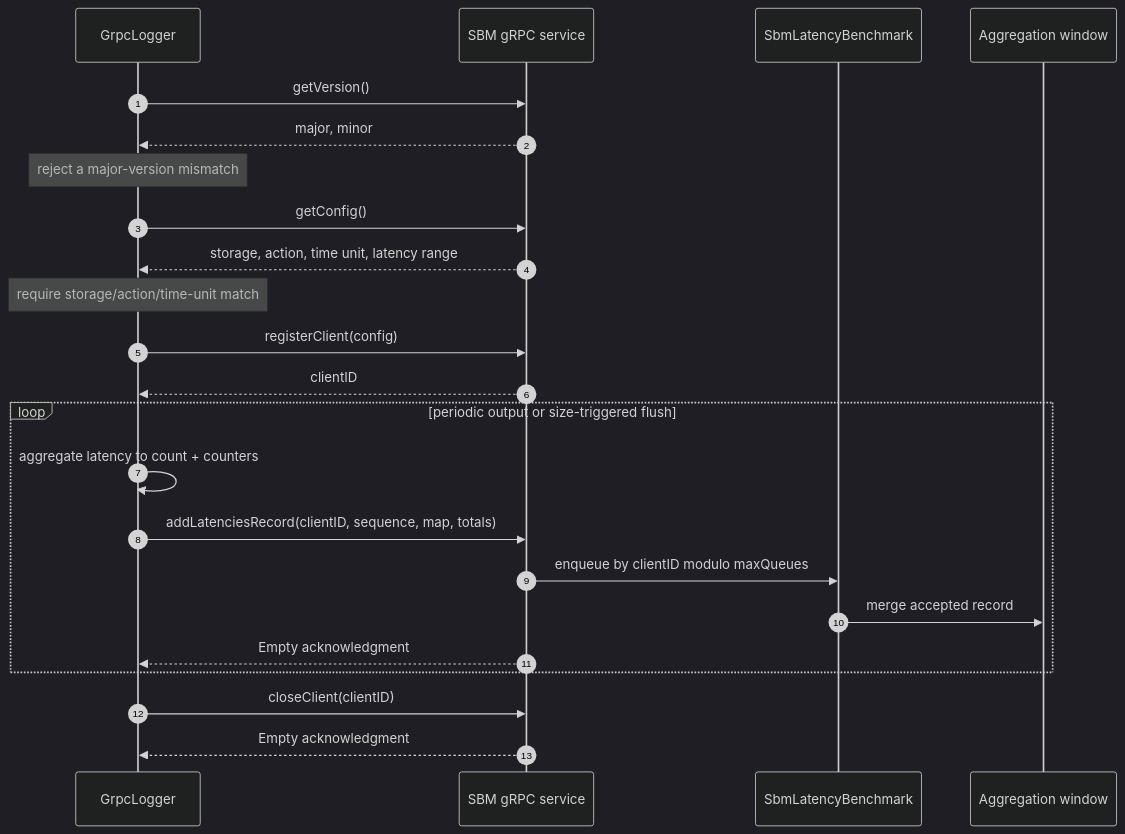
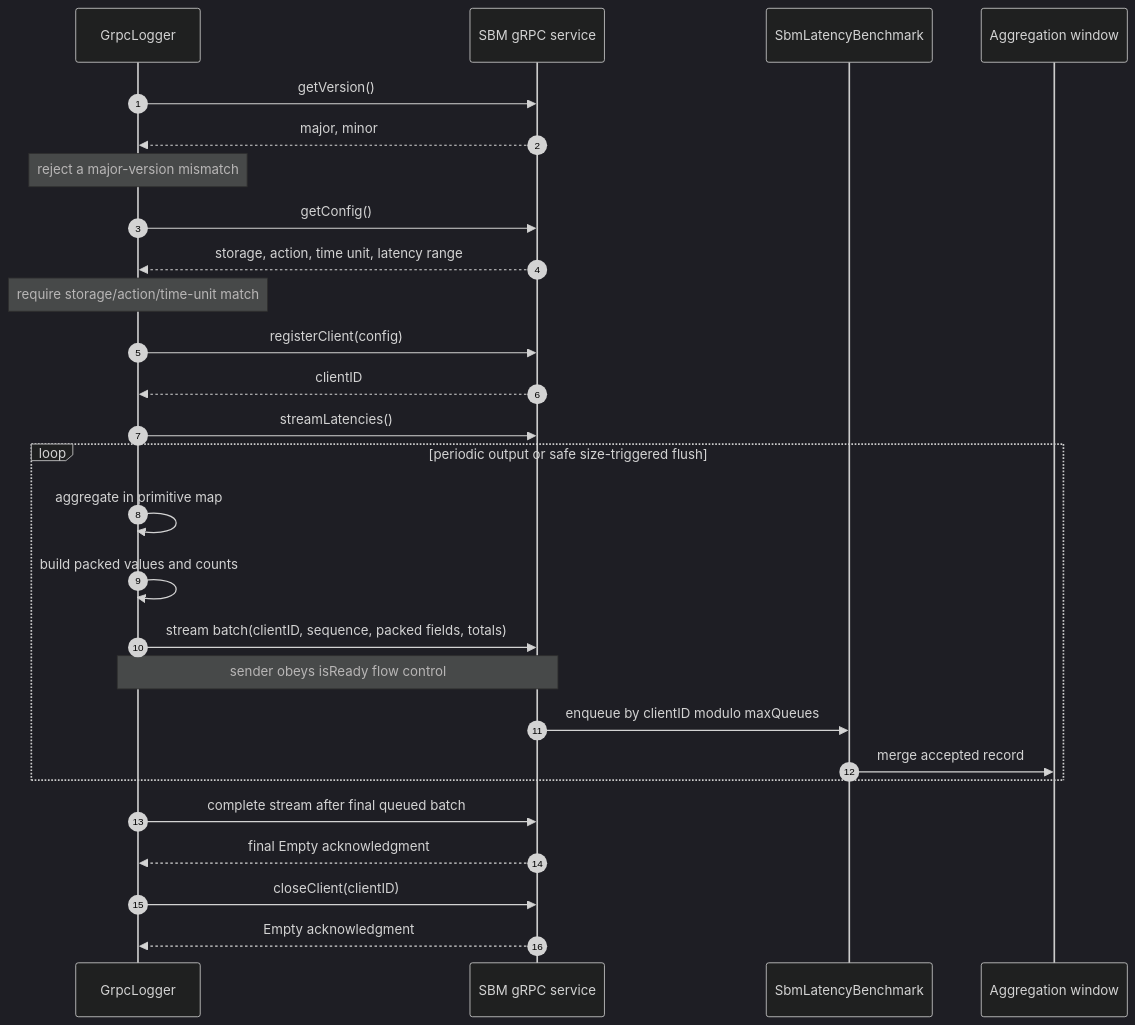
Before and after one commit to kmgowda/SBK: diagram 23 of 43 in docs/sbk-internals.md, drawn with Mermaid (dark theme). The commit also changed other lines of this file and 19 other files, not shown here.

````diff
--- a/docs/sbk-internals.md
+++ b/docs/sbk-internals.md
@@ -1609,28 +1657,33 @@
 ```mermaid
 sequenceDiagram
     autonumber
     participant C as GrpcLogger
     participant S as SBM gRPC service
     participant Q as SbmLatencyBenchmark
     participant A as Aggregation window
 
     C->>S: getVersion()
     S-->>C: major, minor
     Note over C: reject a major-version mismatch
     C->>S: getConfig()
     S-->>C: storage, action, time unit, latency range
     Note over C: require storage/action/time-unit match
     C->>S: registerClient(config)
     S-->>C: clientID
 
-    loop periodic output or size-triggered flush
-        C->>C: aggregate latency to count + counters
-        C->>S: addLatenciesRecord(clientID, sequence, map, totals)
+    C->>S: streamLatencies()
+
+    loop periodic output or safe size-triggered flush
+        C->>C: aggregate in primitive map
+        C->>C: build packed values and counts
+        C->>S: stream batch(clientID, sequence, packed fields, totals)
+        Note over C,S: sender obeys isReady flow control
         S->>Q: enqueue by clientID modulo maxQueues
         Q->>A: merge accepted record
-        S-->>C: Empty acknowledgment
     end
 
+    C->>S: complete stream after final queued batch
+    S-->>C: final Empty acknowledgment
     C->>S: closeClient(clientID)
     S-->>C: Empty acknowledgment
 ```
````
